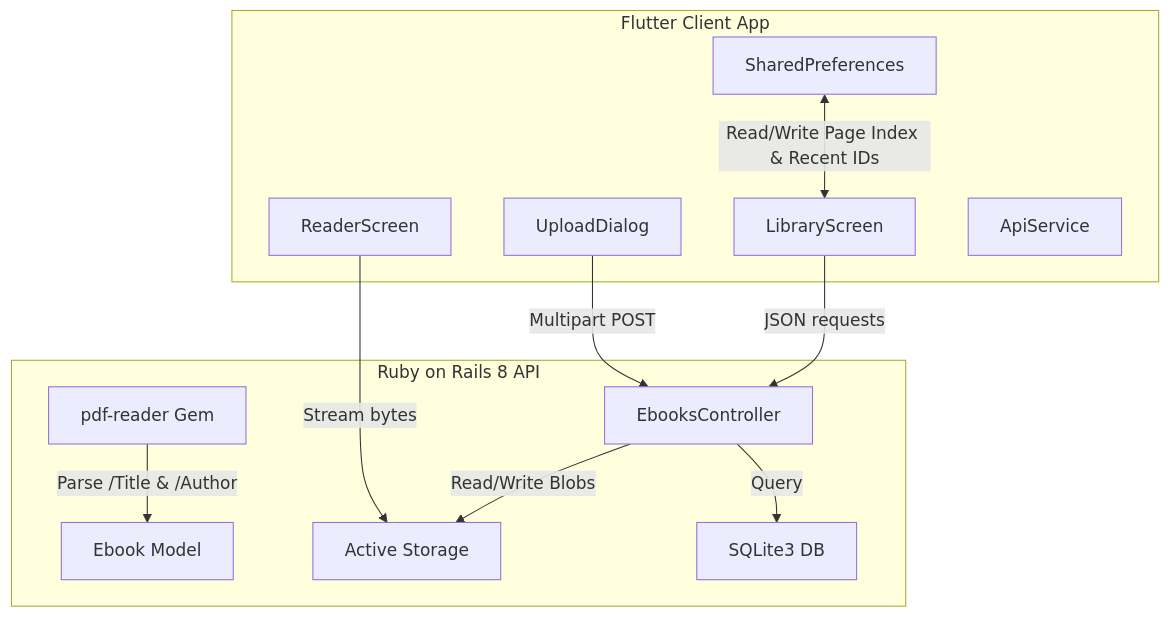
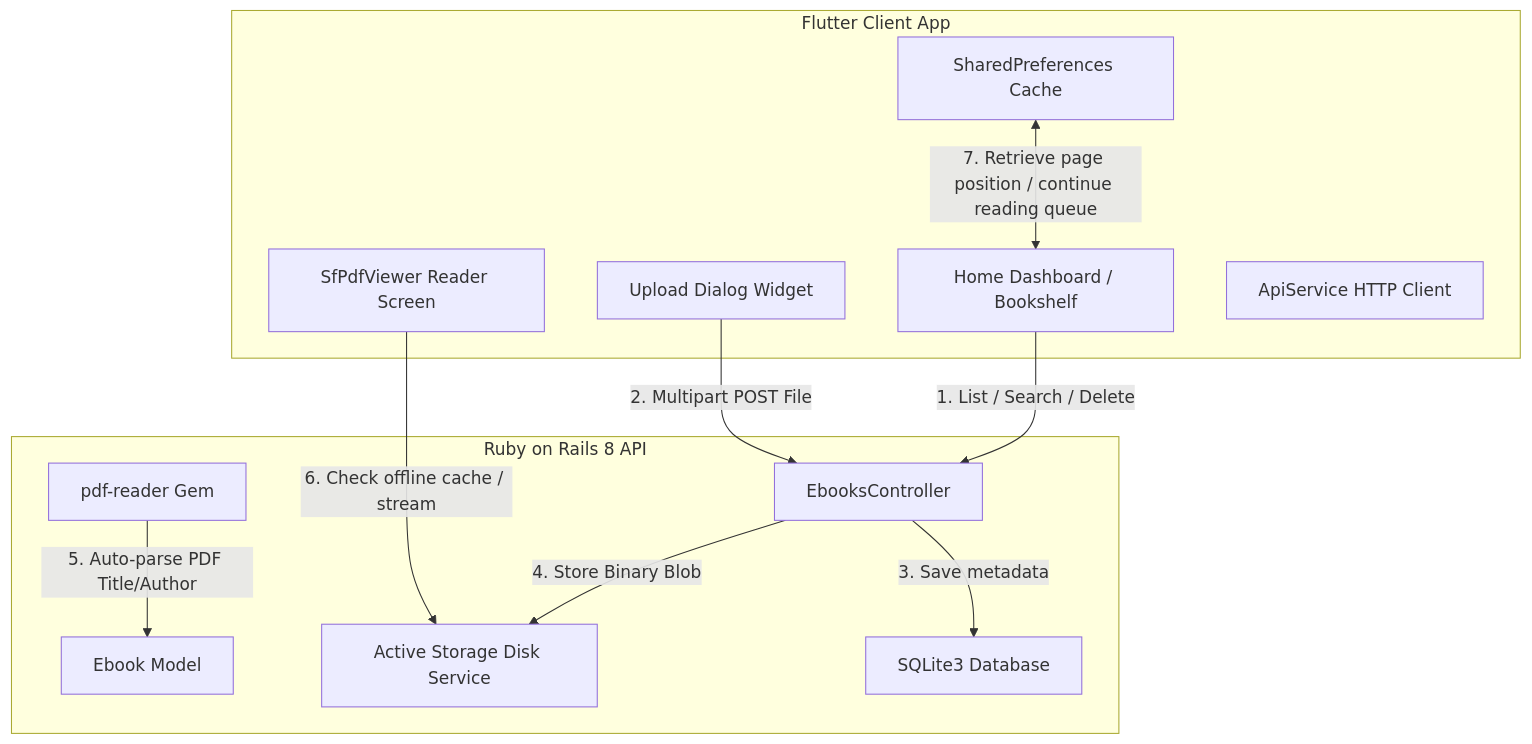
The diagram in project_explanation.md (uthaya2411/digital-ebook-library), drawn with Mermaid before and after one commit. The commit also changed other lines of this file, not shown here.

````diff
--- a/project_explanation.md
+++ b/project_explanation.md
@@ -11,26 +11,26 @@
 ```mermaid
 graph TD
     subgraph Client [Flutter Client App]
-        UI[LibraryScreen]
-        Reader[ReaderScreen]
-        Upload[UploadDialog]
-        SP[SharedPreferences]
-        API_S[ApiService]
+        UI[Home Dashboard / Bookshelf]
+        Reader[SfPdfViewer Reader Screen]
+        Upload[Upload Dialog Widget]
+        SP[SharedPreferences Cache]
+        API_S[ApiService HTTP Client]
     end
 
     subgraph Server [Ruby on Rails 8 API]
         Controller[EbooksController]
         Model[Ebook Model]
         Parser[pdf-reader Gem]
-        ActiveStorage[Active Storage]
-        SQLite[SQLite3 DB]
+        ActiveStorage[Active Storage Disk Service]
+        SQLite[SQLite3 Database]
     end
 
-    UI -->|JSON requests| Controller
-    Upload -->|Multipart POST| Controller
-    Controller -->|Query| SQLite
-    Controller -->|Read/Write Blobs| ActiveStorage
-    Parser -->|Parse /Title & /Author| Model
-    Reader -->|Stream bytes| ActiveStorage
-    SP <-->|Read/Write Page Index & Recent IDs| UI
+    UI -->|1. List / Search / Delete| Controller
+    Upload -->|2. Multipart POST File| Controller
+    Controller -->|3. Save metadata| SQLite
+    Controller -->|4. Store Binary Blob| ActiveStorage
+    Parser -->|5. Auto-parse PDF Title/Author| Model
+    Reader -->|6. Check offline cache / stream| ActiveStorage
+    SP <-->|7. Retrieve page position / continue reading queue| UI
 ```
````
